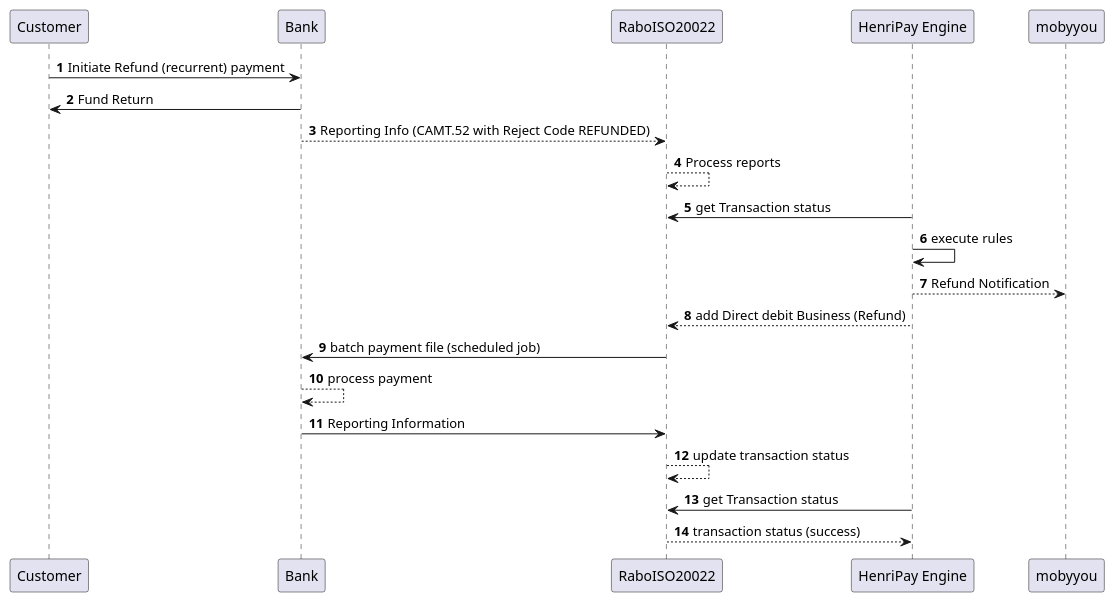
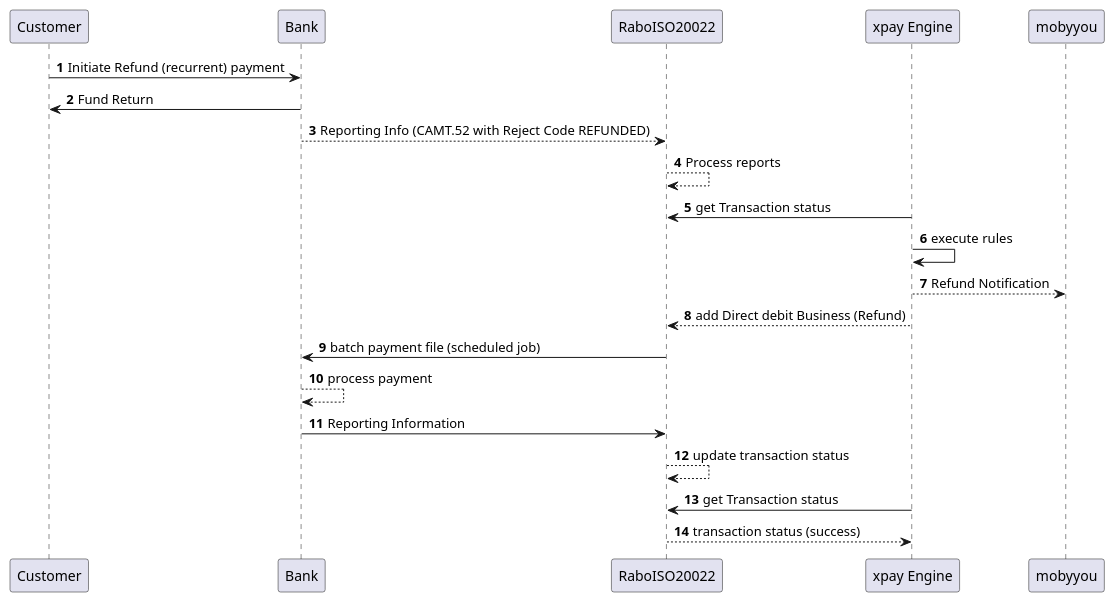
One commit to saidkhalfaoui/xpay changed the diagram in sepaddservice/src/main/resources/sequences/Levy-usecase/directDebitRefund.puml. Above: the diagram before and after it, drawn with PlantUML. The commit also changed 554 other files, not shown here.

```diff
--- a/sepaddservice/src/main/resources/sequences/Levy-usecase/directDebitRefund.puml
+++ b/sepaddservice/src/main/resources/sequences/Levy-usecase/directDebitRefund.puml
@@ -1,21 +1,21 @@
 @startuml
 'https://plantuml.com/sequence-diagram
 
 autonumber
 "Customer" -> Bank : Initiate Refund (recurrent) payment
 Bank -> "Customer" : Fund Return
 Bank --> RaboISO20022: Reporting Info (CAMT.52 with Reject Code REFUNDED)
 RaboISO20022--> RaboISO20022: Process reports
-"HenriPay Engine"-> RaboISO20022: get Transaction status
-"HenriPay Engine"-> "HenriPay Engine" : execute rules
-"HenriPay Engine"--> mobyyou : Refund Notification
-"HenriPay Engine"--> RaboISO20022: add Direct debit Business (Refund)
+"xpay Engine"-> RaboISO20022: get Transaction status
+"xpay Engine"-> "xpay Engine" : execute rules
+"xpay Engine"--> mobyyou : Refund Notification
+"xpay Engine"--> RaboISO20022: add Direct debit Business (Refund)
 RaboISO20022->Bank : batch payment file (scheduled job)
 Bank-->Bank: process payment
 Bank->RaboISO20022: Reporting Information
 RaboISO20022-->RaboISO20022 : update transaction status
-"HenriPay Engine"-> RaboISO20022 : get Transaction status
-RaboISO20022-->"HenriPay Engine" : transaction status (success)
+"xpay Engine"-> RaboISO20022 : get Transaction status
+RaboISO20022-->"xpay Engine" : transaction status (success)
 
 
 @enduml
```
